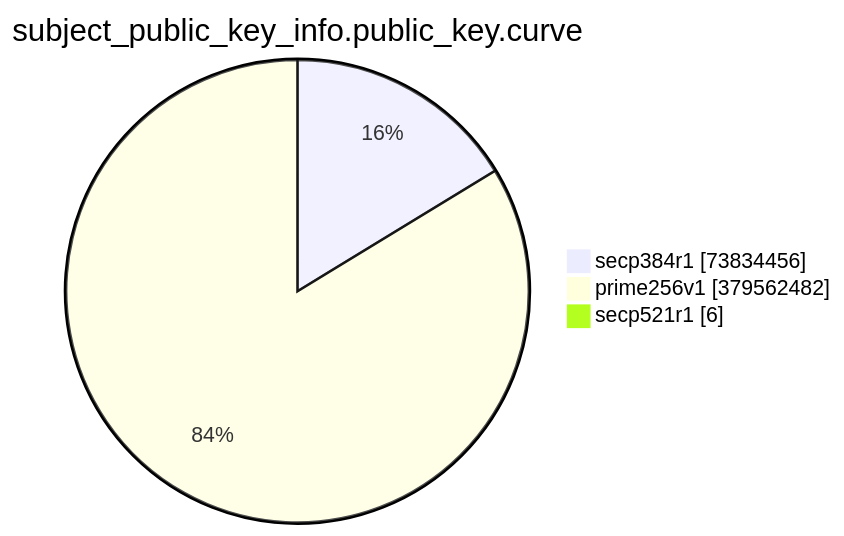
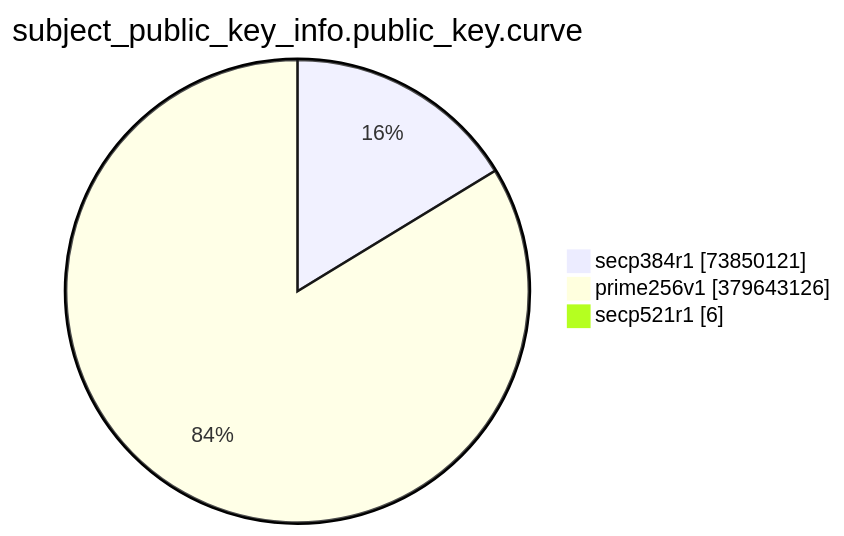
One commit to christiankrug/ctmonitor_visualization changed the eighth of 15 diagrams in TOTAL/README.md. Above: the diagram before and after it, drawn with Mermaid. The commit also changed other lines of this file, not shown here.

````diff
--- a/TOTAL/README.md
+++ b/TOTAL/README.md
@@ -3094,7 +3094,7 @@
 ```mermaid
 pie showData
 title subject_public_key_info.public_key.curve
-"secp384r1" :73834456
-"prime256v1" :379562482
+"secp384r1" :73850121
+"prime256v1" :379643126
 "secp521r1" :6
 ```
````
